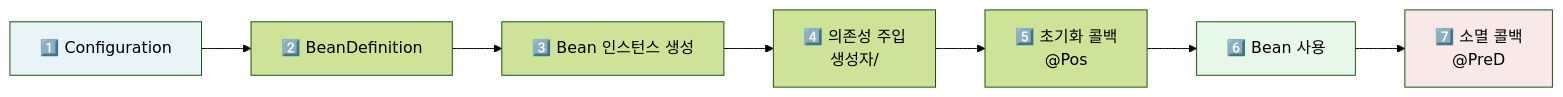
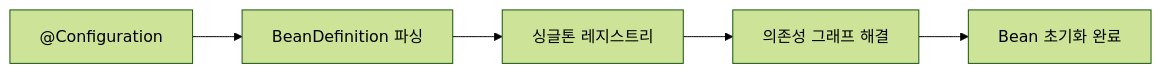
One commit to yjkim2015/yjkim2015.github.io changed the first of 6 diagrams in _posts/spring/2026-05-01-spring-ioc-di.md. Above: the diagram before and after it, drawn with Mermaid (forest theme). The commit also changed other lines of this file and 4 other files, not shown here.

````diff
--- a/_posts/spring/2026-05-01-spring-ioc-di.md
+++ b/_posts/spring/2026-05-01-spring-ioc-di.md
@@ -54,12 +87,7 @@
 ```mermaid
 graph LR
-    A["1️⃣ Configuration"] --> B["2️⃣ BeanDefinition"]
-    B --> C["3️⃣ Bean 인스턴스 생성<b"]
-    C --> D["4️⃣ 의존성 주입<br>생성자/"]
-    D --> E["5️⃣ 초기화 콜백<br>@Pos"]
-    E --> F["6️⃣ Bean 사용"]
-    F --> G["7️⃣ 소멸 콜백<br>@PreD"]
-    style A fill:#e8f4f8
-    style F fill:#e8f8e8
-    style G fill:#f8e8e8
+    A["@Configuration"] --> B["BeanDefinition 파싱"]
+    B --> C["싱글톤 레지스트리"]
+    C --> D["의존성 그래프 해결"]
+    D --> E["Bean 초기화 완료"]
 ```
````
